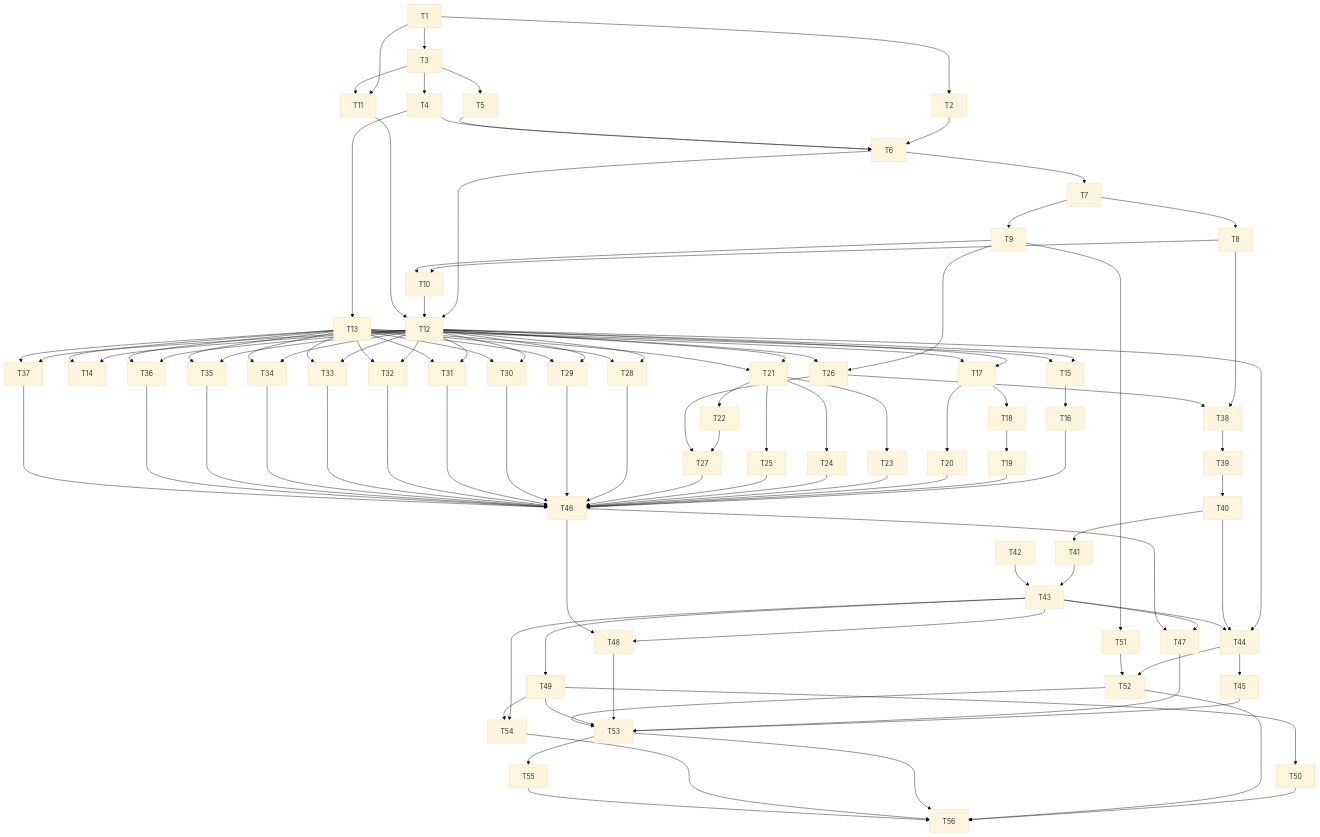
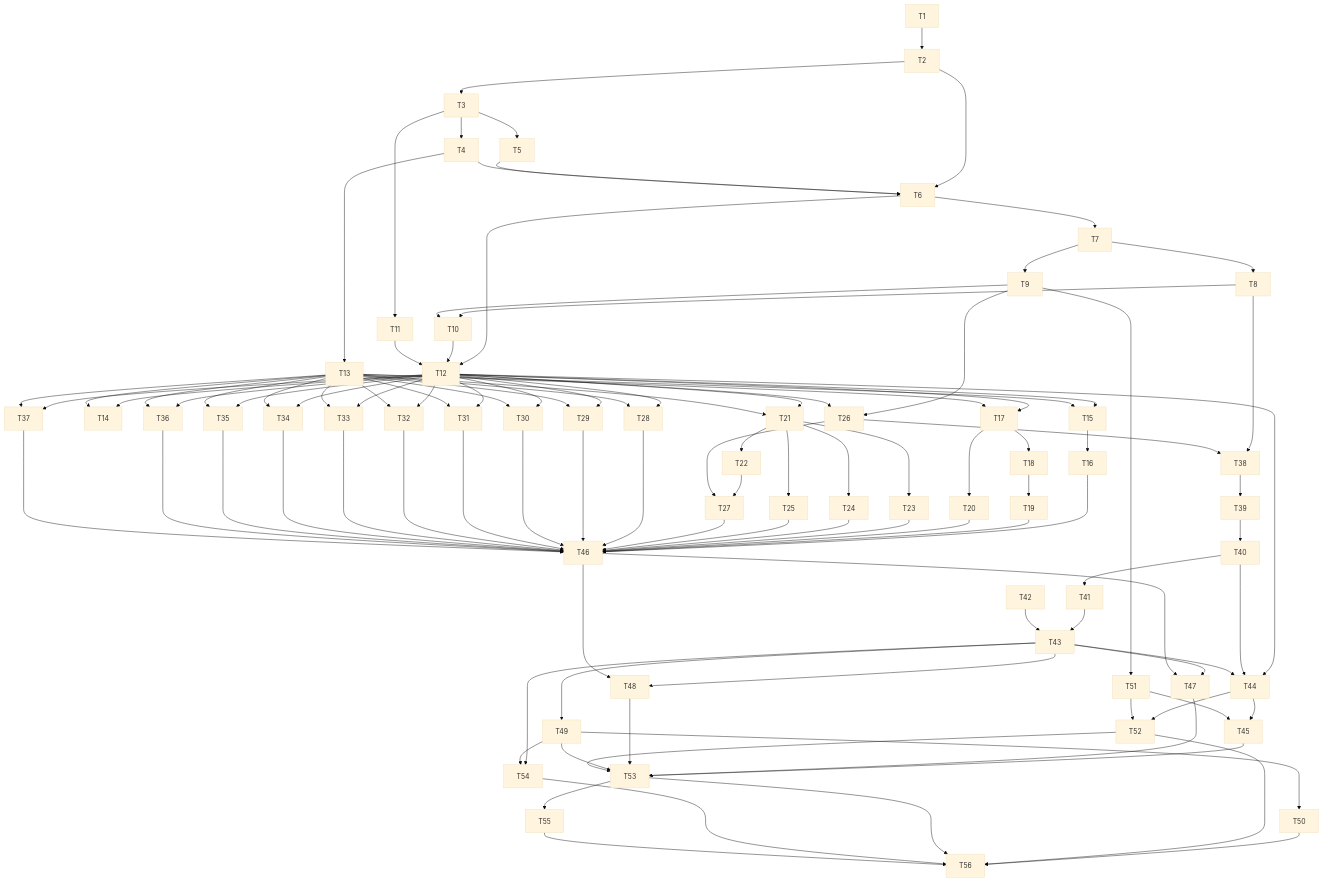
One commit to dpalfery/kyber-weave changed the diagram in docs/plans/2026-11-19-kyberdash-relational-store.md. Above: the diagram before and after it, drawn with Mermaid (base theme). The commit also changed other lines of this file and 1 other file, not shown here.

First line of the commit message:
docs(plan): record architect mediation of worker BLOCKED and escalation findings

````diff
--- a/docs/plans/2026-11-19-kyberdash-relational-store.md
+++ b/docs/plans/2026-11-19-kyberdash-relational-store.md
@@ -1294,50 +1562,50 @@
 ```mermaid
 flowchart TD
   T1 --> T2
-  T1 --> T3
-  T1 --> T11
+  T2 --> T3
   T3 --> T4
   T3 --> T5
   T3 --> T11
   T2 --> T6
   T4 --> T6
   T5 --> T6
   T4 --> T13
   T6 --> T7
   T7 --> T8
   T7 --> T9
   T8 --> T10
   T9 --> T10
   T6 --> T12
   T10 --> T12
   T11 --> T12
   T9 --> T26
   T12 --> T26
   T12 --> T14 & T15 & T17 & T21 & T28 & T29 & T30 & T31 & T32 & T33 & T34 & T35 & T36 & T37
   T13 --> T14 & T15 & T17 & T21 & T28 & T29 & T30 & T31 & T32 & T33 & T34 & T35 & T36 & T37
   T15 --> T16
   T17 --> T18 --> T19
   T17 --> T20
   T21 --> T22 --> T27
   T26 --> T27
   T21 --> T23 & T24 & T25
   T8 --> T38
   T26 --> T38
   T38 --> T39 --> T40 --> T41 --> T43
   T42 --> T43
   T12 --> T44
   T40 --> T44
   T43 --> T44 --> T45
   T16 & T19 & T20 & T23 & T24 & T25 & T27 & T28 & T29 & T30 & T31 & T32 & T33 & T34 & T35 & T36 & T37 --> T46
   T43 --> T47 & T48 & T49
   T46 --> T47 & T48
   T49 --> T50
   T9 --> T51
+  T51 --> T45
   T44 --> T52
   T51 --> T52
   T45 & T47 & T48 & T49 & T52 --> T53
   T43 --> T54
   T49 --> T54
   T53 --> T55
   T50 & T52 & T53 & T54 & T55 --> T56
 ```
````
